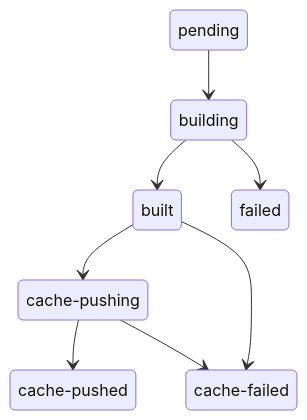
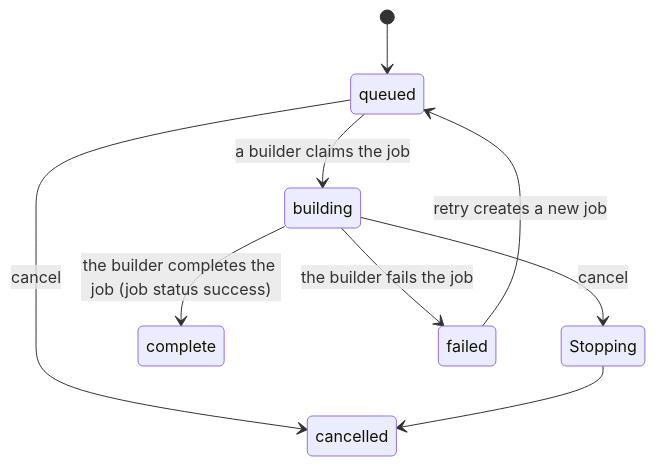
One commit to usmcamp0811/crystal-forge changed the third of 4 diagrams in docs/knowledge/ui/flakes-environments-builds-and-evaluations-views.md. Above: the diagram before and after it, drawn with Mermaid. The commit also changed other lines of this file and 39 other files, not shown here.

````diff
--- a/docs/knowledge/ui/flakes-environments-builds-and-evaluations-views.md
+++ b/docs/knowledge/ui/flakes-environments-builds-and-evaluations-views.md
@@ -163,14 +162,13 @@
 ```mermaid
 %% diagram-id: ui-build-state-machine
 stateDiagram-v2
-  state "cache-pushing" as cache_pushing
-  state "cache-pushed" as cache_pushed
-  state "cache-failed" as cache_failed
-  pending --> building
-  building --> built
-  built --> cache_pushing
-  cache_pushing --> cache_pushed
-  building --> failed
-  built --> cache_failed
-  cache_pushing --> cache_failed
+  state "Stopping" as stopping
+  [*] --> queued
+  queued --> building: a builder claims the job
+  queued --> cancelled: cancel
+  building --> complete: the builder completes the job (job status success)
+  building --> failed: the builder fails the job
+  building --> stopping: cancel
+  stopping --> cancelled
+  failed --> queued: retry creates a new job
 ```
````
